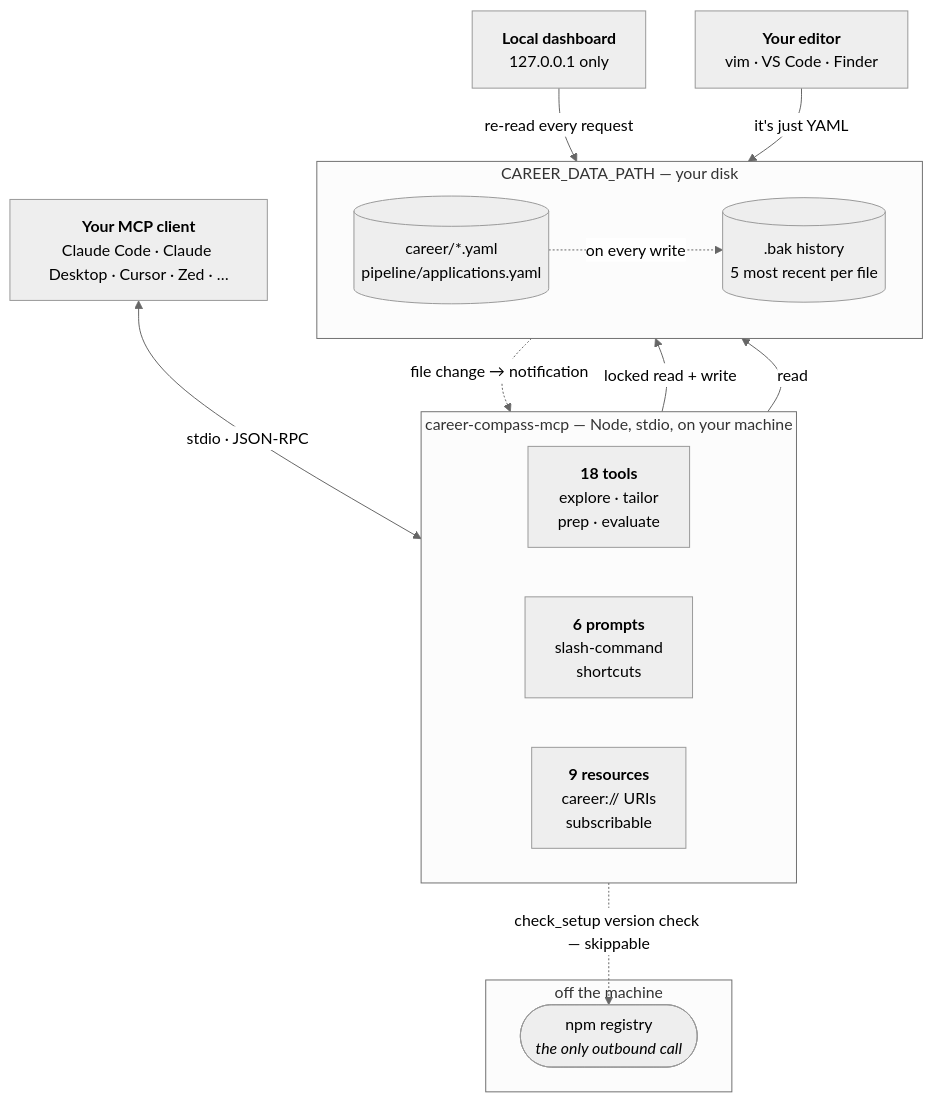
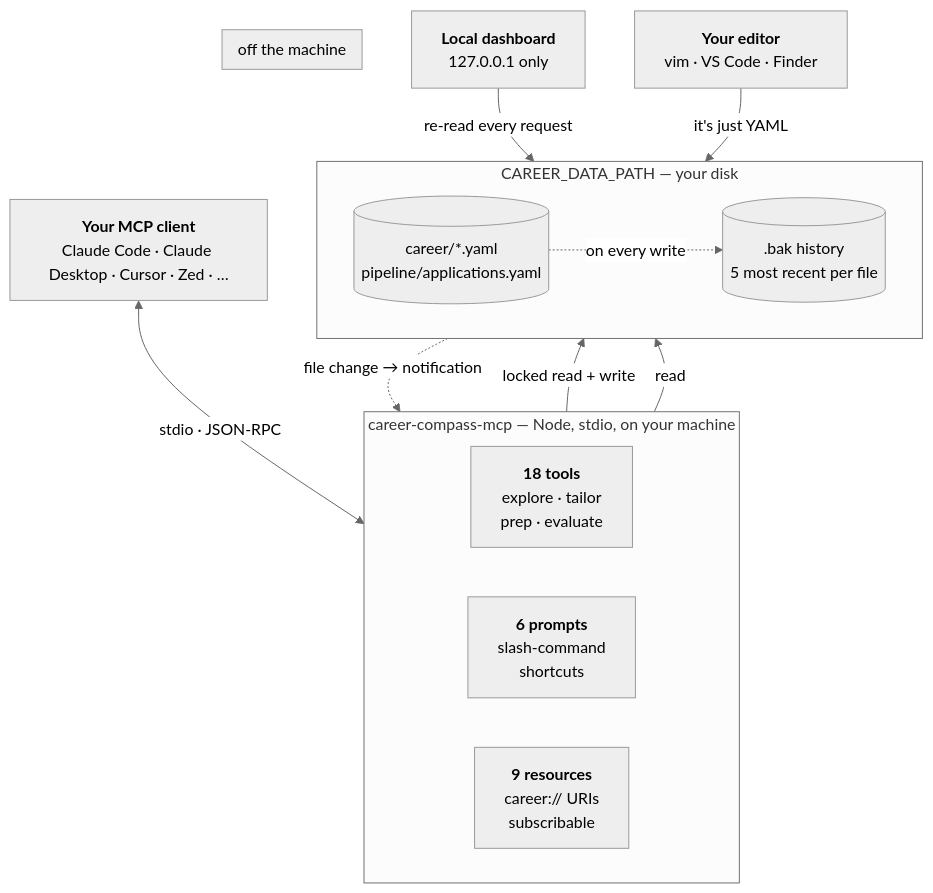
The first of 6 diagrams in docs/architecture.md (benskamps/career-compass-mcp), drawn with Mermaid (neutral theme) before and after one commit. The commit also changed other lines of this file and 274 other files, not shown here.

````diff
--- a/docs/architecture.md
+++ b/docs/architecture.md
@@ -18,32 +18,30 @@
 ```mermaid
 flowchart TB
     C["<b>Your MCP client</b><br/>Claude Code · Claude Desktop · Cursor · Zed · …"]
     D["<b>Local dashboard</b><br/>127.0.0.1 only"]
     E["<b>Your editor</b><br/>vim · VS Code · Finder"]
 
     subgraph net["off the machine"]
-        NPM(["npm registry<br/><i>the only outbound call</i>"])
     end
 
     subgraph server["career-compass-mcp — Node, stdio, on your machine"]
         direction LR
         T["<b>18 tools</b><br/>explore · tailor<br/>prep · evaluate"]
         P["<b>6 prompts</b><br/>slash-command<br/>shortcuts"]
         R["<b>9 resources</b><br/>career:// URIs<br/>subscribable"]
     end
 
     subgraph disk["CAREER_DATA_PATH — your disk"]
         direction LR
         Y[("career/*.yaml<br/>pipeline/applications.yaml")]
         BAK[(".bak history<br/>5 most recent per file")]
         Y -.->|"on every write"| BAK
     end
 
     C <-->|"stdio · JSON-RPC"| server
-    T -.->|"check_setup version check — skippable"| NPM
     T -->|"locked read + write"| Y
     R -->|read| Y
     Y -.->|"file change → notification"| R
     D -->|"re-read every request"| Y
     E -->|"it's just YAML"| Y
 ```
````
